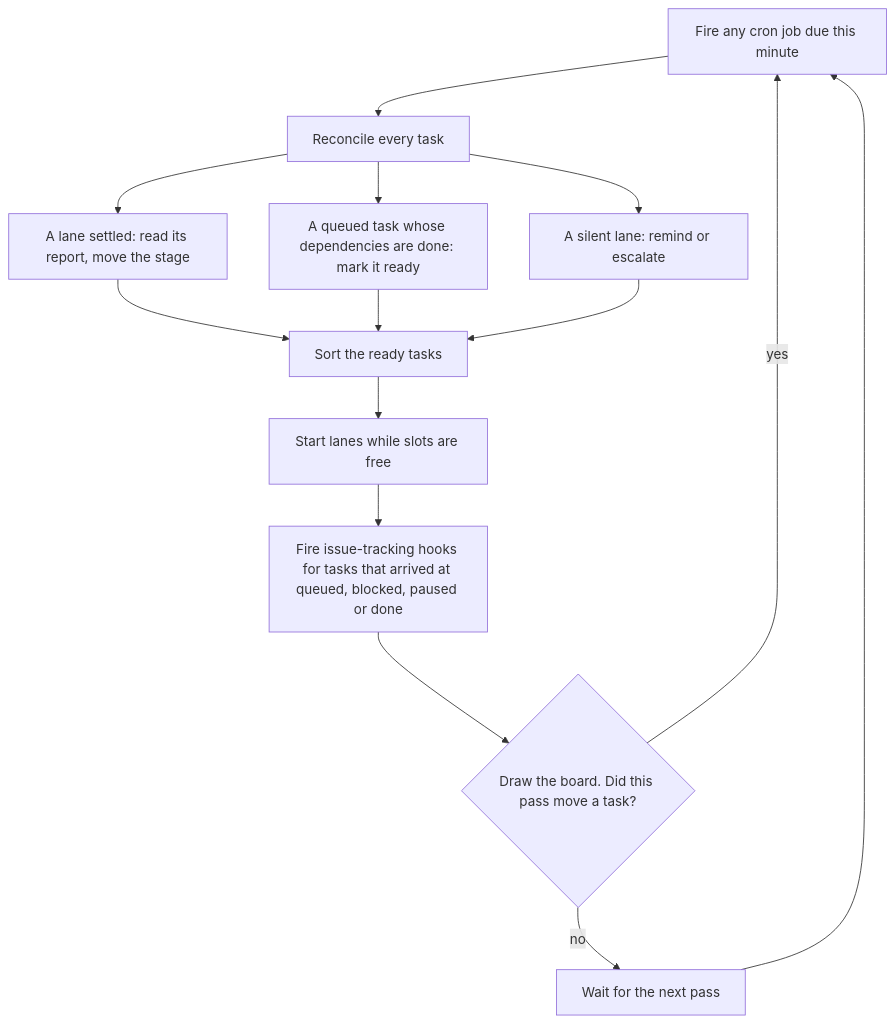
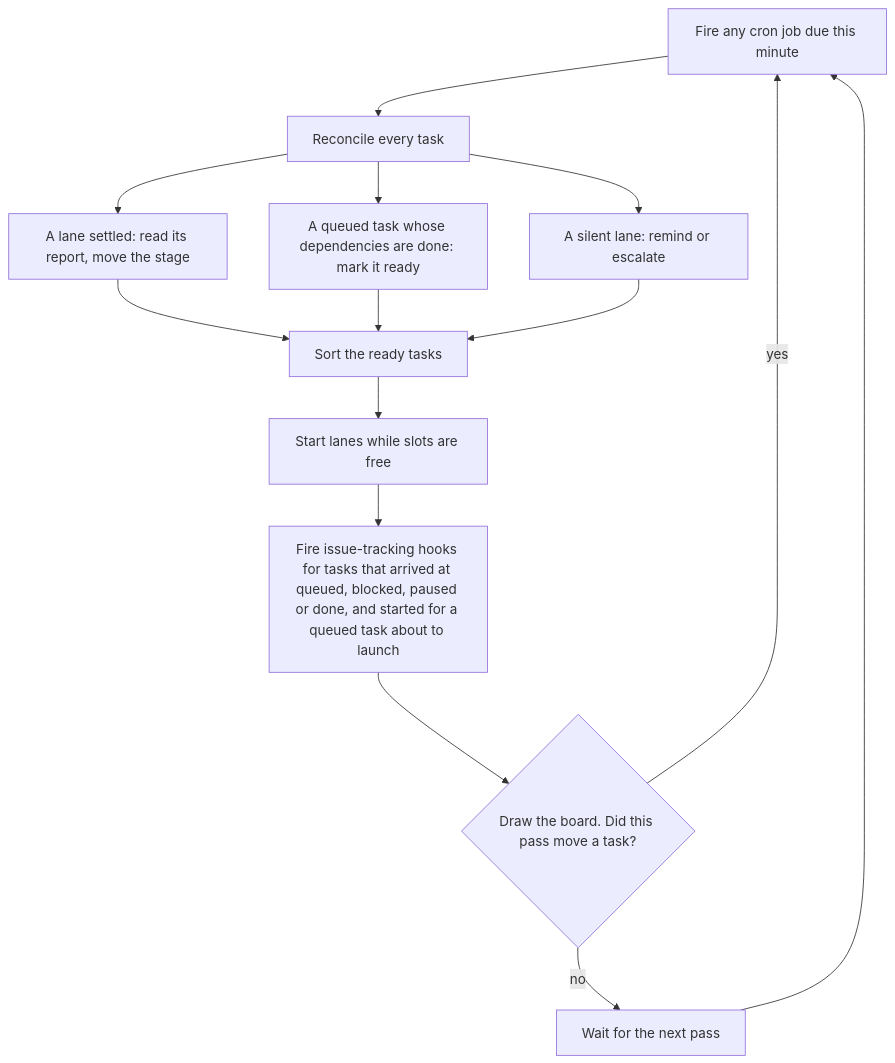
Before and after one commit to marvingygas/spoolway: the first of 2 diagrams in docs/dispatcher.md, drawn with Mermaid. The commit also changed other lines of this file and 17 other files, not shown here.

Commit message:
feat(tracking): add the started and check hook events

````diff
--- a/docs/dispatcher.md
+++ b/docs/dispatcher.md
@@ -74,14 +74,14 @@
 ```mermaid
 flowchart TD
   A[Fire any cron job due this minute] --> B[Reconcile every task]
   B --> B1[A lane settled: read its report, move the stage]
   B --> B2[A queued task whose dependencies are done: mark it ready]
   B --> B3[A silent lane: remind or escalate]
   B1 & B2 & B3 --> C[Sort the ready tasks]
   C --> D[Start lanes while slots are free]
-  D --> E[Fire issue-tracking hooks for tasks that arrived at queued, blocked, paused or done]
+  D --> E[Fire issue-tracking hooks for tasks that arrived at queued, blocked, paused or done, and started for a queued task about to launch]
   E --> F{Draw the board. Did this pass move a task?}
   F -->|yes| A
   F -->|no| G[Wait for the next pass]
   G --> A
 ```
````
